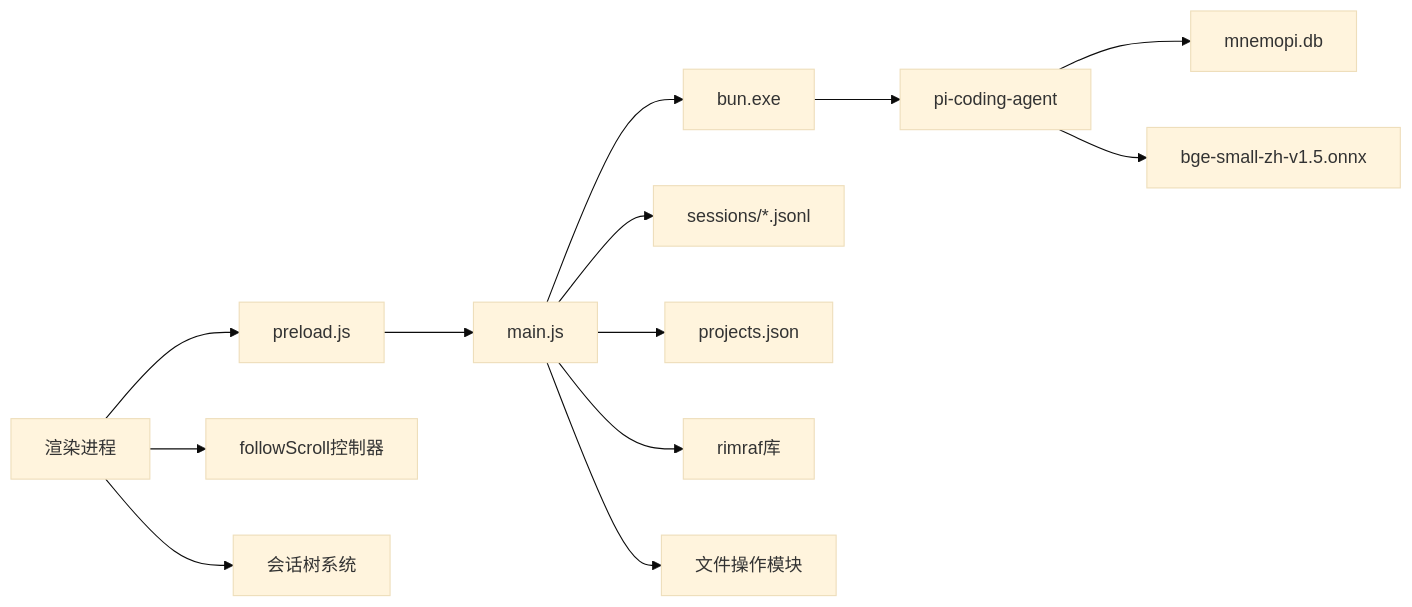
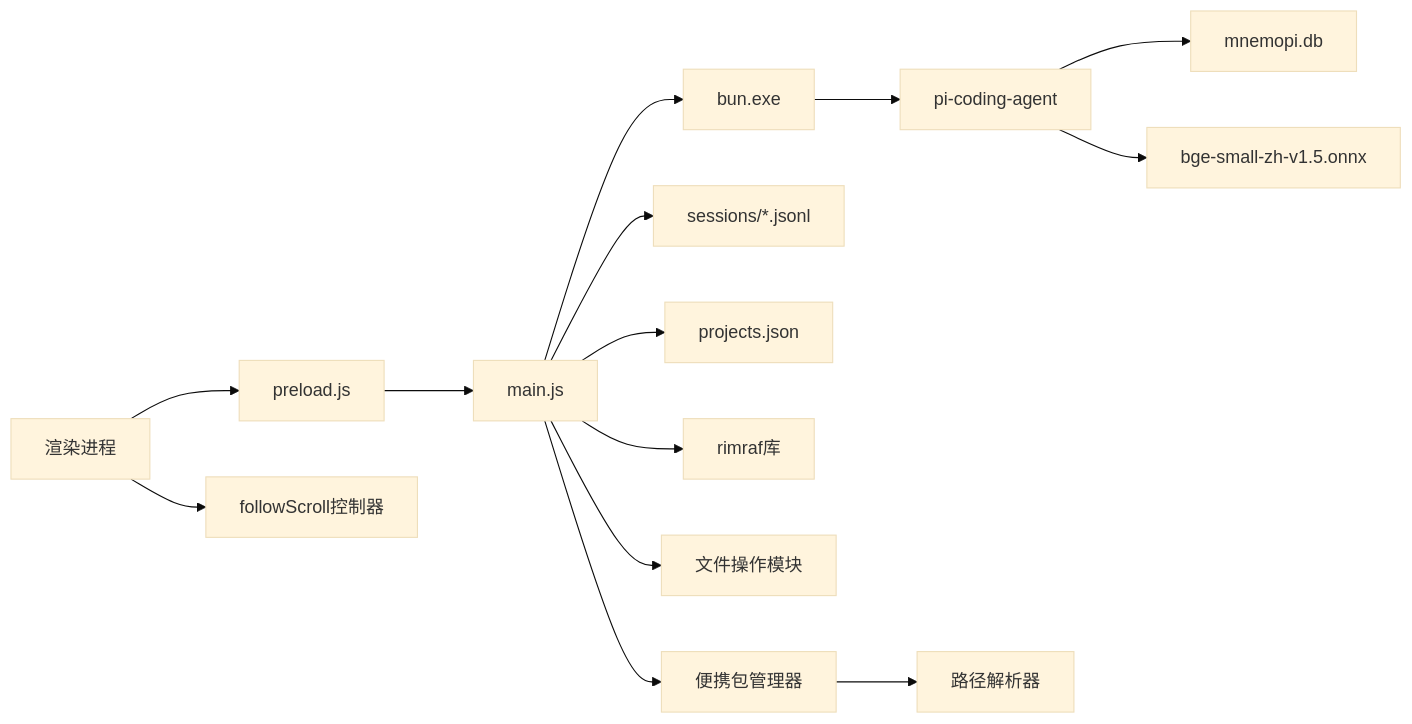
Diagram 11 of 11 in .qoder/repowiki/zh/content/核心架构/会话管理与上下文恢复.md (swond-Mao/Tiffa), drawn with Mermaid (base theme) before and after one commit. The commit also changed other lines of this file and 25 other files, not shown here.

````diff
--- a/.qoder/repowiki/zh/content/核心架构/会话管理与上下文恢复.md
+++ b/.qoder/repowiki/zh/content/核心架构/会话管理与上下文恢复.md
@@ -442,15 +424,16 @@
 ```mermaid
 graph LR
 Renderer["渲染进程"] --> Preload["preload.js"]
 Preload --> Main["main.js"]
 Main --> Bun["bun.exe"]
 Bun --> CLI["pi-coding-agent"]
 Main --> Sessions["sessions/*.jsonl"]
 Main --> Projects["projects.json"]
 CLI --> MemoryDB["mnemopi.db"]
 CLI --> Embedding["bge-small-zh-v1.5.onnx"]
 Renderer --> ScrollController["followScroll控制器"]
 Main --> RetryLib["rimraf库"]
 Main --> FileOps["文件操作模块"]
-Renderer --> SessionTree["会话树系统"]
+Main --> PortableMgr["便携包管理器"]
+PortableMgr --> PathResolver["路径解析器"]
 ```
````
